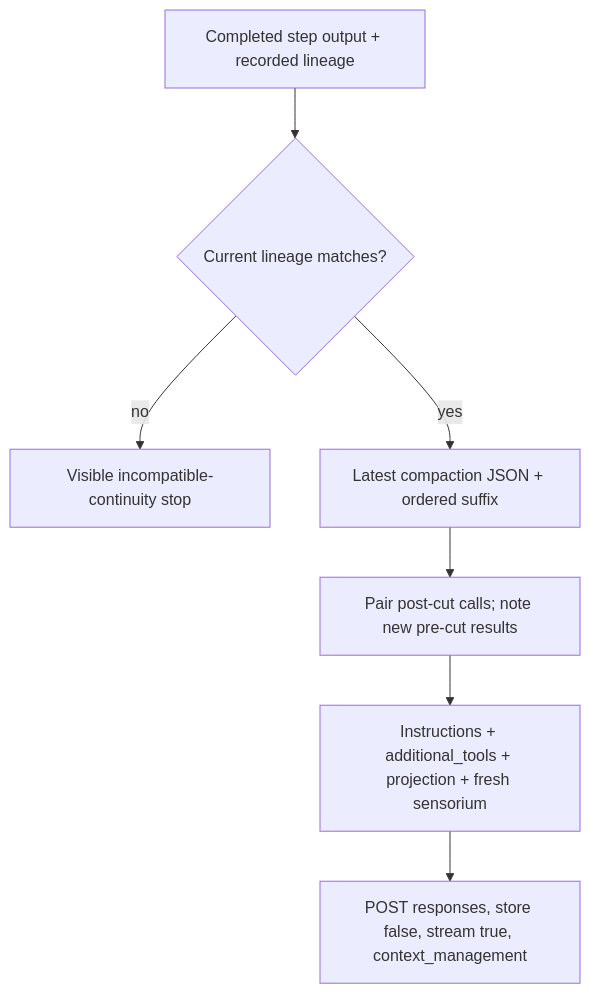
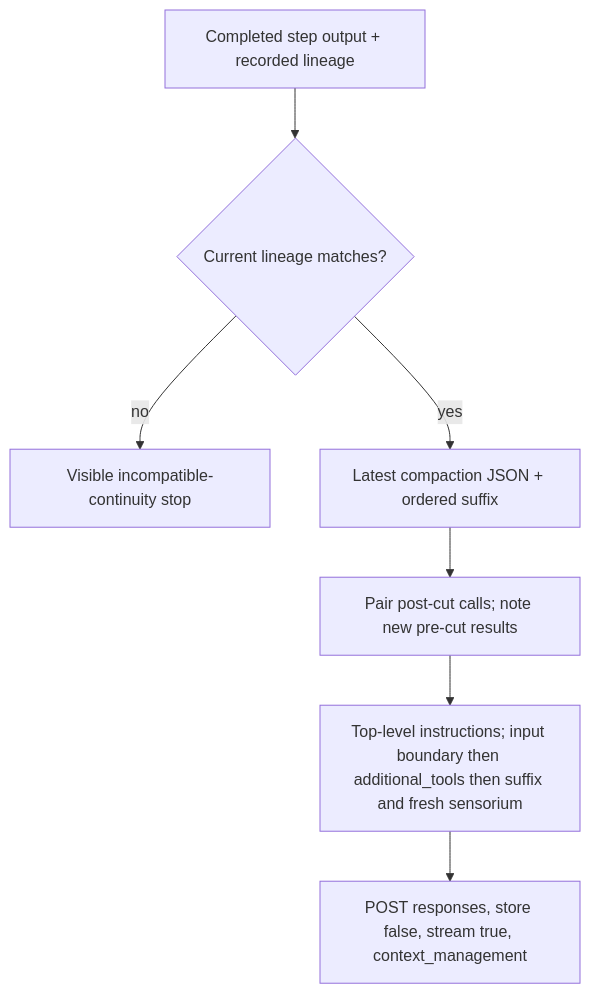
One commit to sh1ny/kehai changed the fourth of 4 diagrams in openspec/changes/context-compaction-and-window-accuracy/design.md. Above: the diagram before and after it, drawn with Mermaid. The commit also changed other lines of this file and 2 other files, not shown here.

````diff
--- a/openspec/changes/context-compaction-and-window-accuracy/design.md
+++ b/openspec/changes/context-compaction-and-window-accuracy/design.md
@@ -137,9 +138,9 @@
 ```mermaid
 flowchart TD
   S[Completed step output + recorded lineage] --> V{Current lineage matches?}
   V -->|no| Stop[Visible incompatible-continuity stop]
   V -->|yes| Cut[Latest compaction JSON + ordered suffix]
   Cut --> Pair[Pair post-cut calls; note new pre-cut results]
-  Pair --> Req[Instructions + additional_tools + projection + fresh sensorium]
+  Pair --> Req[Top-level instructions; input boundary then additional_tools then suffix and fresh sensorium]
   Req --> Wire[POST responses, store false, stream true, context_management]
 ```
````
